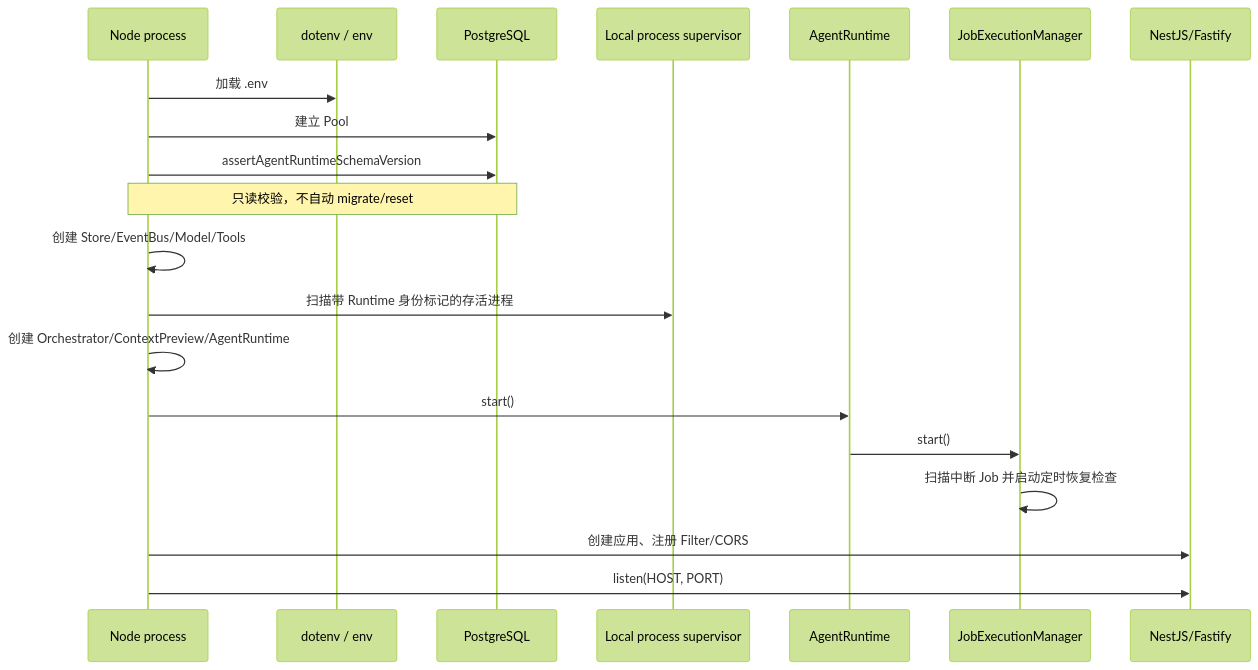
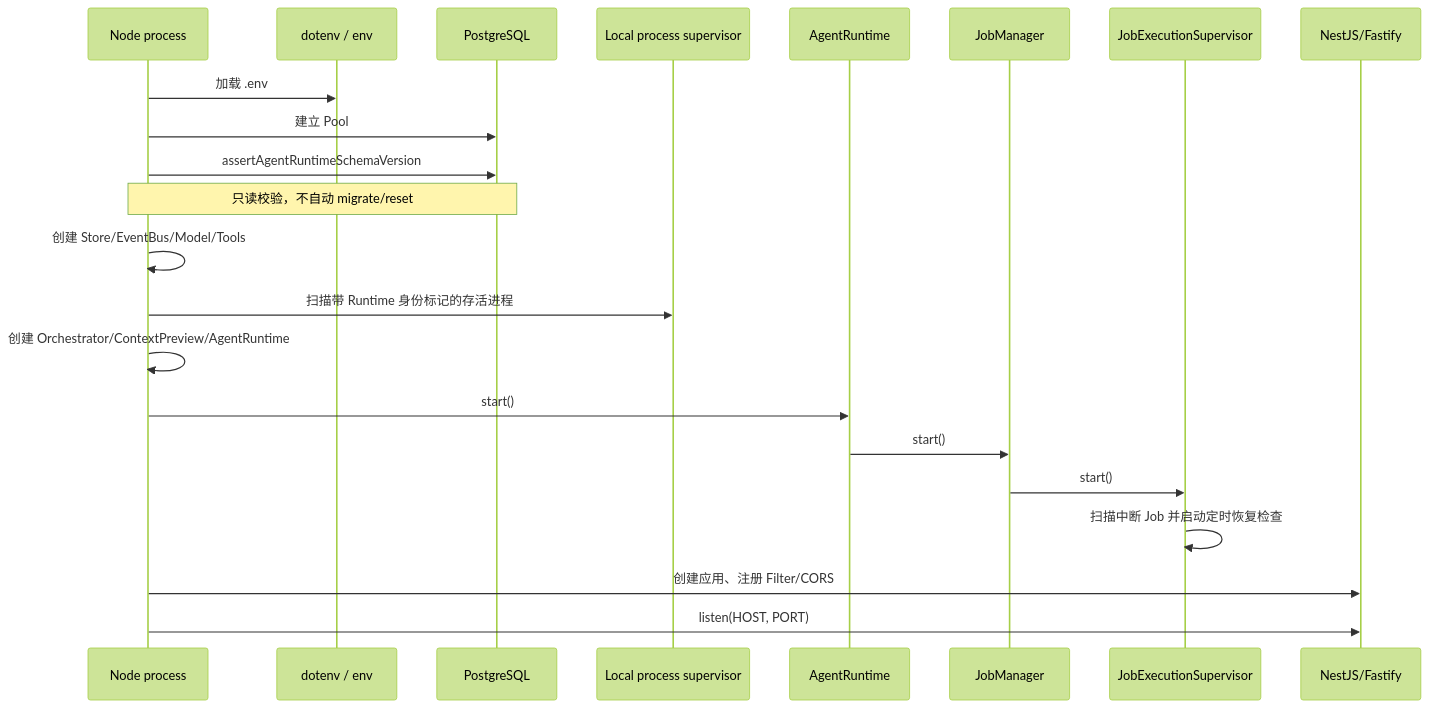
One commit to lucyonegit/agent-runtime-v2 changed the second of 13 diagrams in docs/00-current-runtime-full-chain.md. Above: the diagram before and after it, drawn with Mermaid (forest theme). The commit also changed other lines of this file and 13 other files, not shown here.

First line of the commit message:
Add JobExecutionSupervisor tests and refactor JobLifecycle tests

```diff
--- a/docs/00-current-runtime-full-chain.md
+++ b/docs/00-current-runtime-full-chain.md
@@ -200,23 +202,25 @@
 ~~~mermaid
 sequenceDiagram
     participant P as Node process
     participant ENV as dotenv / env
     participant DB as PostgreSQL
     participant PS as Local process supervisor
     participant RT as AgentRuntime
-    participant JEM as JobExecutionManager
+    participant JM as JobManager
+    participant JES as JobExecutionSupervisor
     participant HTTP as NestJS/Fastify
 
     P->>ENV: 加载 .env
     P->>DB: 建立 Pool
     P->>DB: assertAgentRuntimeSchemaVersion
     Note over P,DB: 只读校验，不自动 migrate/reset
     P->>P: 创建 Store/EventBus/Model/Tools
     P->>PS: 扫描带 Runtime 身份标记的存活进程
     P->>P: 创建 Orchestrator/ContextPreview/AgentRuntime
     P->>RT: start()
-    RT->>JEM: start()
-    JEM->>JEM: 扫描中断 Job 并启动定时恢复检查
+    RT->>JM: start()
+    JM->>JES: start()
+    JES->>JES: 扫描中断 Job 并启动定时恢复检查
     P->>HTTP: 创建应用、注册 Filter/CORS
     P->>HTTP: listen(HOST, PORT)
 ~~~
```
